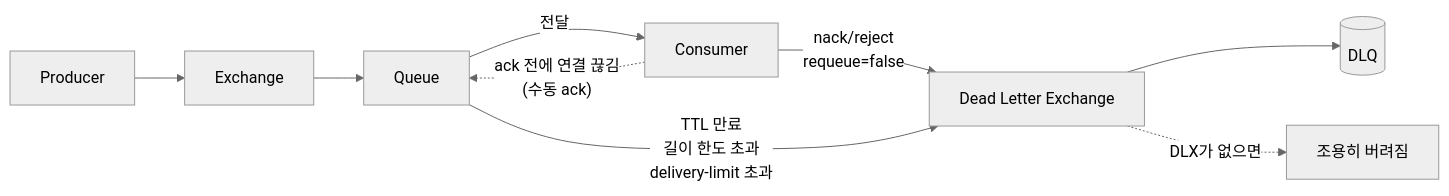
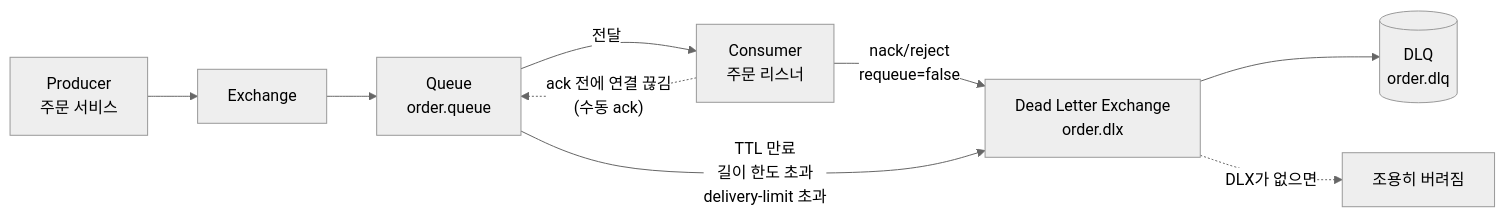
One commit to THproger13/til-vault changed the diagram in 20-posts/drafts/2026-11-16-rabbitmq-dlq-operations-rewrite.md. Above: the diagram before and after it, drawn with Mermaid (neutral theme). The commit also changed other lines of this file and 6 other files, not shown here.

````diff
--- a/20-posts/drafts/2026-11-16-rabbitmq-dlq-operations-rewrite.md
+++ b/20-posts/drafts/2026-11-16-rabbitmq-dlq-operations-rewrite.md
@@ -50,10 +77,10 @@
 ```mermaid
 flowchart LR
-  P[Producer] --> X[Exchange] --> Q[Queue]
-  Q -->|전달| C[Consumer]
-  C -->|"nack/reject<br/>requeue=false"| DLX[Dead Letter Exchange]
+  P["Producer<br/>주문 서비스"] --> X[Exchange] --> Q["Queue<br/>order.queue"]
+  Q -->|전달| C["Consumer<br/>주문 리스너"]
+  C -->|"nack/reject<br/>requeue=false"| DLX["Dead Letter Exchange<br/>order.dlx"]
   Q -->|"TTL 만료<br/>길이 한도 초과<br/>delivery-limit 초과"| DLX
-  DLX --> DLQ[(DLQ)]
+  DLX --> DLQ[("DLQ<br/>order.dlq")]
   DLX -.->|DLX가 없으면| DROP[조용히 버려짐]
   C -.->|"ack 전에 연결 끊김<br/>(수동 ack)"| Q
 ```
````
